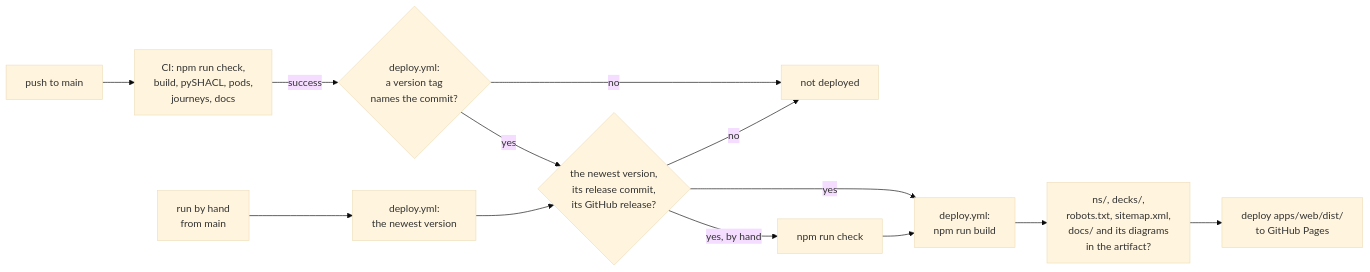
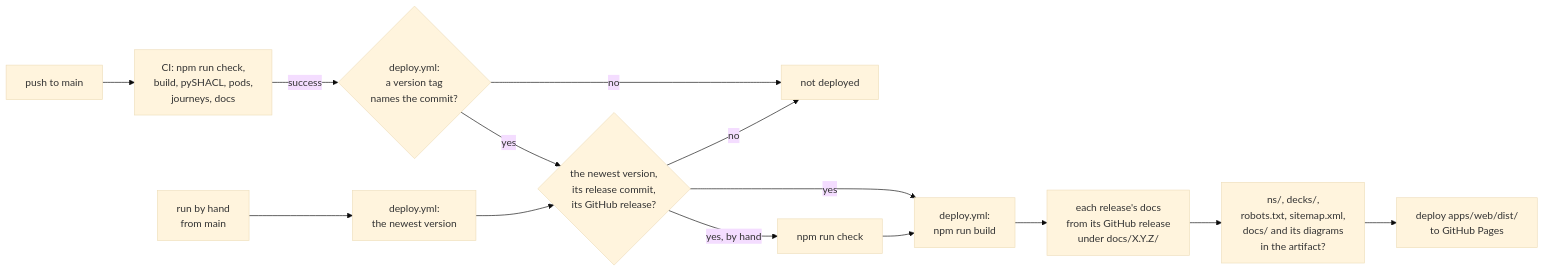
One commit to solid-memo/website changed the diagram in docs/deployment.md. Above: the diagram before and after it, drawn with Mermaid (base theme). The commit also changed other lines of this file and 13 other files, not shown here.

````diff
--- a/docs/deployment.md
+++ b/docs/deployment.md
@@ -17,12 +17,12 @@
 ```mermaid
 flowchart LR
     accTitle: When a version is deployed
-    accDescr: A push to main, or a run by hand, deploys only the newest version, from its release commit and with its GitHub release, after the build and its guard.
+    accDescr: A push to main, or a run by hand, deploys only the newest version, from its release commit and with its GitHub release, after the build, each release's docs and the guard.
     push["push to main"] --> ci["CI: npm run check,<br/>build, pySHACL, pods,<br/>journeys, docs"] -->|success| tag{"deploy.yml:<br/>a version tag<br/>names the commit?"}
     tag -->|no| skip["not deployed"]
     tag -->|yes| release{"the newest version,<br/>its release commit,<br/>its GitHub release?"}
     release -->|no| skip
-    release -->|yes| build["deploy.yml:<br/>npm run build"] --> guard["ns/, decks/,<br/>robots.txt, sitemap.xml,<br/>docs/ and its diagrams<br/>in the artifact?"] --> pages["deploy apps/web/dist/<br/>to GitHub Pages"]
+    release -->|yes| build["deploy.yml:<br/>npm run build"] --> versions["each release's docs<br/>from its GitHub release<br/>under docs/X.Y.Z/"] --> guard["ns/, decks/,<br/>robots.txt, sitemap.xml,<br/>docs/ and its diagrams<br/>in the artifact?"] --> pages["deploy apps/web/dist/<br/>to GitHub Pages"]
     hand["run by hand<br/>from main"] --> newest["deploy.yml:<br/>the newest version"] --> release
     release -->|"yes, by hand"| check["npm run check"] --> build
 ```
````
